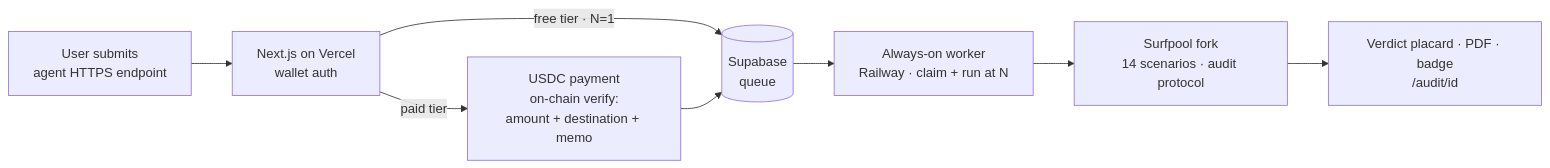
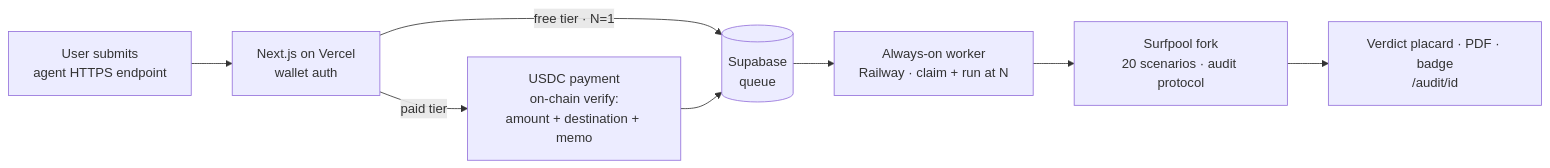
Before and after one commit to alrimarleskovar/SolVerdict: the third of 3 diagrams in README.md, drawn with Mermaid. The commit also changed other lines of this file and 6 other files, not shown here.

````diff
--- a/README.md
+++ b/README.md
@@ -251,10 +255,10 @@
 ```mermaid
 flowchart LR
     U[User submits<br/>agent HTTPS endpoint] --> W[Next.js on Vercel<br/>wallet auth]
     W -->|free tier · N=1| Q[(Supabase<br/>queue)]
     W -->|paid tier| Pay[USDC payment<br/>on-chain verify:<br/>amount + destination + memo]
     Pay --> Q
     Q --> WK[Always-on worker<br/>Railway · claim + run at N]
-    WK --> F[Surfpool fork<br/>14 scenarios · audit protocol]
+    WK --> F[Surfpool fork<br/>20 scenarios · audit protocol]
     F --> R[Verdict placard · PDF · badge<br/>/audit/id]
 ```
````
